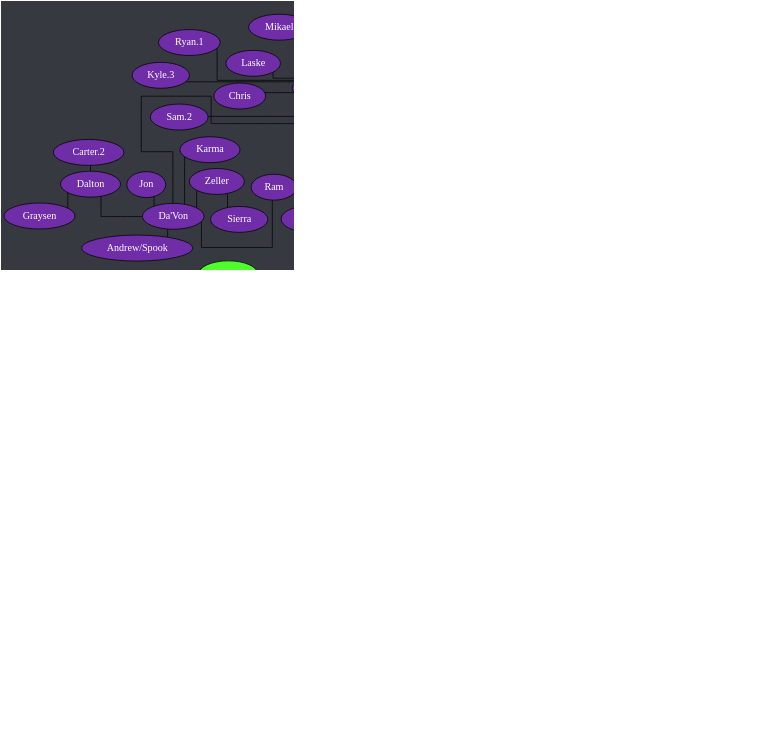
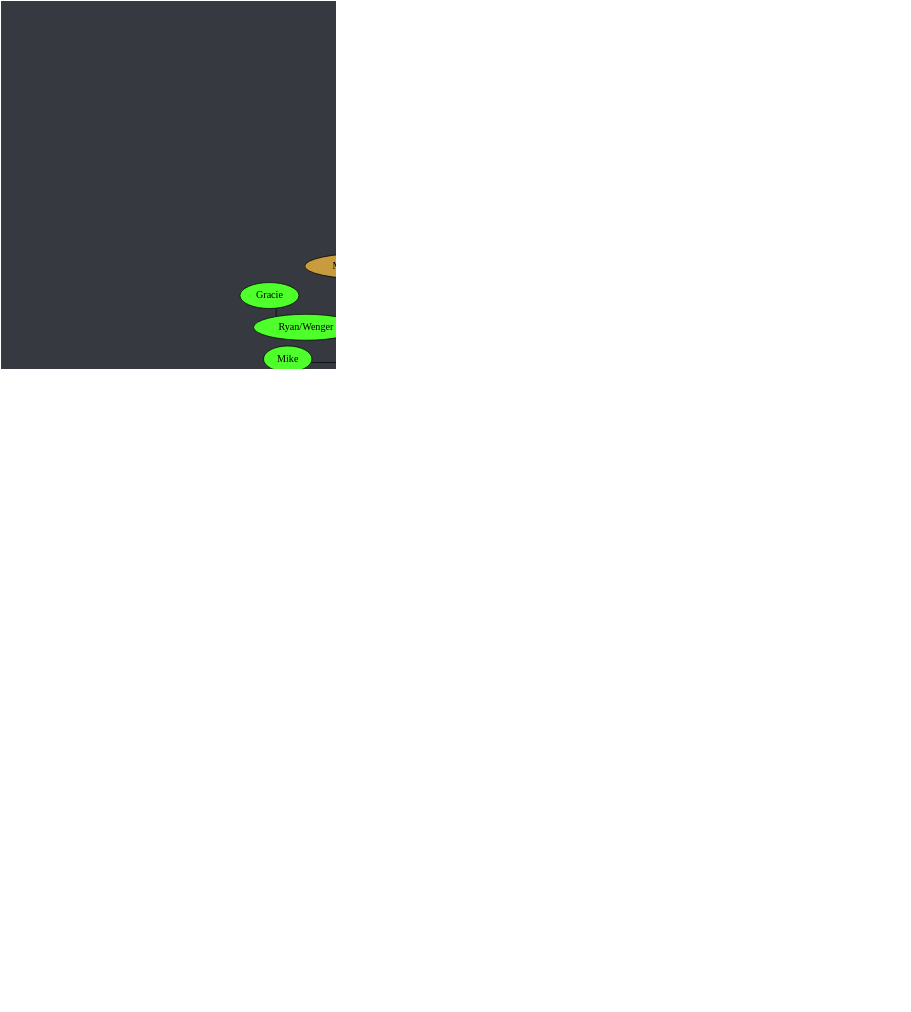
The diagram in tree.dot (Documidas/CoronaCatzFamilyTree), drawn with Graphviz before and after one commit. The commit also changed 1 other file, not shown here.

Commit message:
Add Nick

```diff
--- a/tree.dot
+++ b/tree.dot
@@ -1,183 +1,184 @@
 strict graph {
 	// Layout Configuration
 	layout = neato;
 	dpi = 200;
 	epsilon = 0.01;
 	mode = major;
 	model = subset;
 	overlap = false;
 	splines = ortho;
 	start = rand;
 
 	// Visual Configuration
 	graph [ truecolor=true bgcolor="#36393f" ];
 	node [ style=filled fillcolor="gray" fontcolor="black" ];
 
 	subgraph "Joel" {
 		node [ style=filled fillcolor="firebrick4" fontcolor="white" ];
 		Joel [ style=filled fillcolor="gold" fontcolor="black" ];
 
 		Cayla -- Ali;
 		Cayla -- Jonathan;
 		Cayla -- Kate;
+		Cayla -- Nick;
 		Cayla -- Ranger;
 		Joel -- Anders;
 		Joel -- Cayla;
 		Joel -- Conner;
 		Joel -- Jared;
 		Joel -- Kat;
 		Joel -- Patrick;
 		Joel -- Steven;
 	}
 
 	subgraph "Anders" {
 		node [ style=filled fillcolor="green4" fontcolor="white" ];
 		// Anders [ style=filled fillcolor="green4" fontcolor="white" ];
 
 		Anders -- Chiara;
 		Anders -- Cody;
 		Anders -- Cole;
 		Anders -- Daniel;
 		Anders -- Derek;
 		Anders -- DJ;
 		Anders -- Hahnur;
 		Anders -- Jen;
 		Anders -- "Matt.2";
 		Anders -- Solis;
 		Anders -- Will;
 		Anders -- Wyatt;
 		Anders -- Zach;
 		Anders -- Zack;
 	}
 
 	subgraph "Jared" {
 		node [ style=filled fillcolor="royalblue" fontcolor="black" ];
 		// Jared [ style=filled fillcolor="royalblue" fontcolor="black" ];
 
 		Andrew -- Hannah;
 		Bryan -- Nebtune;
 		"Carter-1.0" -- Tom;
 		Donnie -- Bianca;
 		Donnie -- Bryan;
 		Donnie -- Troy;
 		Greg -- Andrew;
 		Greg -- "Carter-1.0";
 		Greg -- Ina;
 		Greg -- "John Boi";
 		Greg -- Tails;
 		Greg -- Tanyon;
 		Hannah -- Raana;
 		Jared -- Brandi;
 		Jared -- Dave;
 		Jared -- Donnie;
 		Jared -- Fabi;
 		Jared -- "Jack.2";
 		Jared -- Kamon;
 		Jared -- Greg;
 		Jared -- Isabelle;
 		Jared -- Mason;
 		Jared -- "Matt.1";
 		Jared -- Mehmet;
 		Jared -- Nam;
 		Jared -- Pixie;
 		Jared -- Shannon;
 		Jared -- Spencer;
 		Jared -- Tommy;
 		Jared -- Tyler;
 		Jared -- "Zach/Laniakea";
 		Jared -- Zoe;
 		"John Boi" -- Hardie;
 		Tommy -- Danny;
 		Troy -- Drake;
 		Tyler -- Gaby;
 		Zoe -- Brandon;
 	}
 
 	subgraph "Zach/Laniakea" {
 		node [ style=filled fillcolor="#4eff2c" fontcolor="black" ];
 		// "Zach/Laniakea" [ style=filled fillcolor="#4eff2c" fontcolor="black" ];
 
 		"Caio.2" -- "Kyle.1";
 		"Caio.2" -- Lucas;
 		"Ryan/Des" -- Marcus;
 		"Ryan/Wenger" -- Gracie;
 		"Zach/Laniakea" -- Allen;
 		"Zach/Laniakea" -- "Caio.2";
 		"Zach/Laniakea" -- John;
 		"Zach/Laniakea" -- Logan;
 		"Zach/Laniakea" -- Kevin;
 		"Zach/Laniakea" -- "Kyle.0";
 		"Zach/Laniakea" -- Mike;
 		"Zach/Laniakea" -- "Ryan/Des";
 		"Zach/Laniakea" -- "Ryan/Wenger";
 	}
 
 	subgraph "John" {
 		node [ style=filled fillcolor="#c89b3c" fontcolor="black" ];
 		// John [ style=filled fillcolor="#c89b3c" fontcolor="black" ];
 
 		John -- Anna;
 		John -- Emily;
 		John -- Haber;
 		John -- Jay;
 		John -- "Jack.1";
 		John -- Lara;
 		John -- Monarch;
 		John -- Thomas;
 	}
 
 	subgraph "John-stream" {
 		// node [ style=filled fillcolor="#9147ff" fontcolor="black" ];
 		node [ style=filled fillcolor="#c89b3c" fontcolor="black" ];
 
 		John -- "Michael/Wheezy";
 	}
 
 	subgraph "Thomas" {
 		node [ style=filled fillcolor="#b04900" fontcolor="black" ];
 		// Thomas [ style=filled fillcolor="#b04900" fontcolor="black" ];
 
 		Thomas -- Alex;
 		Thomas -- Bob;
 		Thomas -- Dre;
 		Thomas -- JD;
 		Thomas -- Josh;
 		Thomas -- Juan;
 		Thomas -- Pat;
 		Thomas -- Taylor;
 		Thomas -- "Tony.1";
 		Thomas -- "Tony.2";
 		Thomas -- Travis;
 	}
 
 	subgraph "Alex" {
 		node [ style=filled fillcolor="#6f2da8" fontcolor="white" ];
 		// Alex [ style=filled fillcolor="#6f2da8" fontcolor="black" ];
 
 		Alex -- "Alex/Blitt";
 		Alex -- "Da'Von";
 		Alex -- David;
 		Alex -- Sam;
 		"Alex/Blitt" -- Alan;
 		"Alex/Blitt" -- "Alex the 3rd";
 		"Alex/Blitt" -- Brian;
 		"Alex/Blitt" -- Carlos;
 		"Alex/Blitt" -- Chris;
 		"Alex/Blitt" -- Gabriel;
 		"Alex/Blitt" -- "Kyle.3";
 		"Alex/Blitt" -- Laske;
 		"Alex/Blitt" -- Mikael;
 		"Alex/Blitt" -- "Ryan.1";
 		"Alex/Blitt" -- "Sam.2";
 		"Da'Von" -- "Andrew/Spook";
 		"Da'Von" -- Dalton;
 		"Da'Von" -- Jon;
 		"Da'Von" -- Karma;
 		"Da'Von" -- Ram;
 		"Da'Von" -- Zeller;
 		Dalton -- "Carter.2";
 		Dalton -- Graysen;
 		Gabriel -- "Ryan.2";
 		Zeller -- Sierra;
 	}
 }
```
